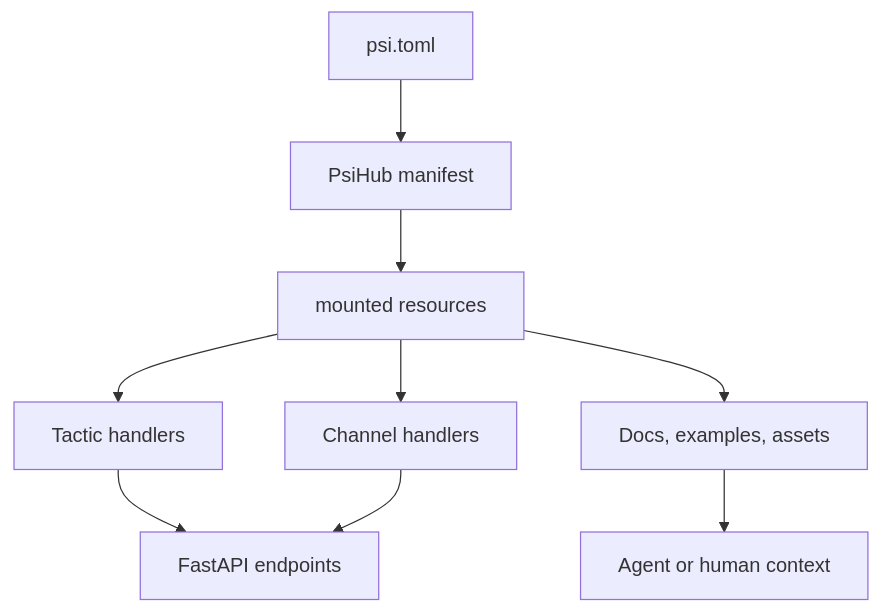
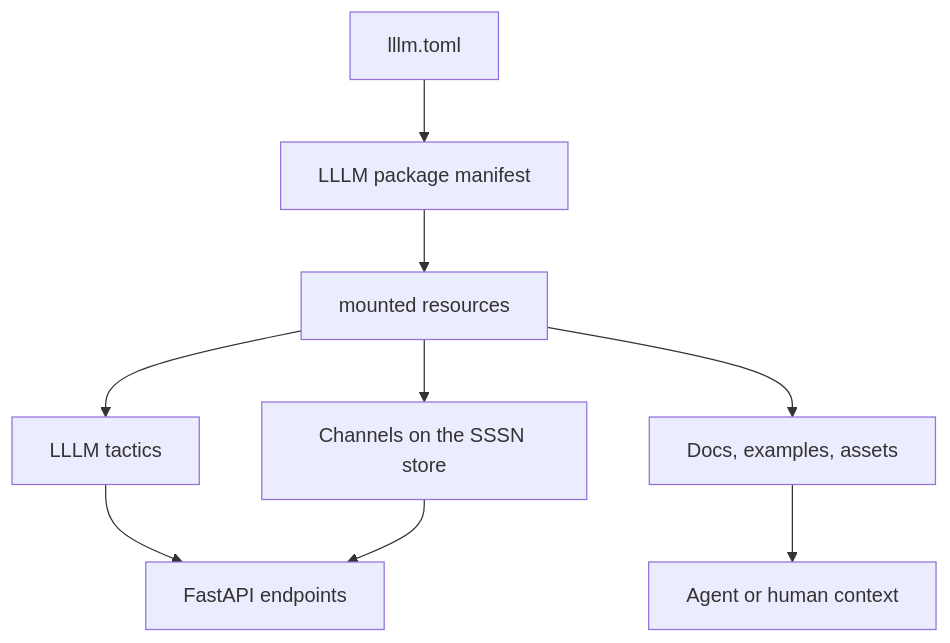
The diagram in docs/concepts/package-composition.md (Productive-Superintelligence/aaax), drawn with Mermaid before and after one commit. The commit also changed other lines of this file and 25 other files, not shown here.

````diff
--- a/docs/concepts/package-composition.md
+++ b/docs/concepts/package-composition.md
@@ -11,11 +12,11 @@
 ```mermaid
 flowchart TD
-  A["psi.toml"] --> B["PsiHub manifest"]
+  A["lllm.toml"] --> B["LLLM package manifest"]
   B --> C["mounted resources"]
-  C --> D["Tactic handlers"]
-  C --> E["Channel handlers"]
+  C --> D["LLLM tactics"]
+  C --> E["Channels on the SSSN store"]
   C --> F["Docs, examples, assets"]
   D --> G["FastAPI endpoints"]
   E --> G
   F --> H["Agent or human context"]
 ```
````
